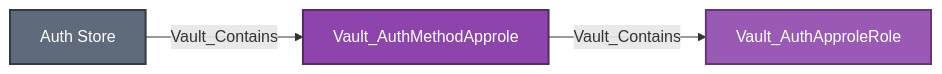
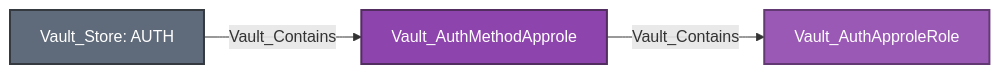
One commit to bytewreck/opengraph-vault changed the sixth of 28 diagrams in Documentation/stores/AUTH.md. Above: the diagram before and after it, drawn with Mermaid. The commit also changed other lines of this file, not shown here.

````diff
--- a/Documentation/stores/AUTH.md
+++ b/Documentation/stores/AUTH.md
@@ -262,9 +262,9 @@
 ```mermaid
 flowchart LR
-    store[Auth Store]:::storeNode -->|Vault_Contains| method[Vault_AuthMethodApprole]:::authMethodNode
+    store[Vault_Store: AUTH]:::storeNode -->|Vault_Contains| method[Vault_AuthMethodApprole]:::authMethodNode
     method -->|Vault_Contains| role[Vault_AuthApproleRole]:::authRoleNode
 
     classDef storeNode fill:#5F6B7A,color:#fff,stroke:#343A40,stroke-width:2px
     classDef authMethodNode fill:#8E44AD,color:#fff,stroke:#512E5F,stroke-width:2px
     classDef authRoleNode fill:#9B59B6,color:#fff,stroke:#633974,stroke-width:2px
 ```
````
